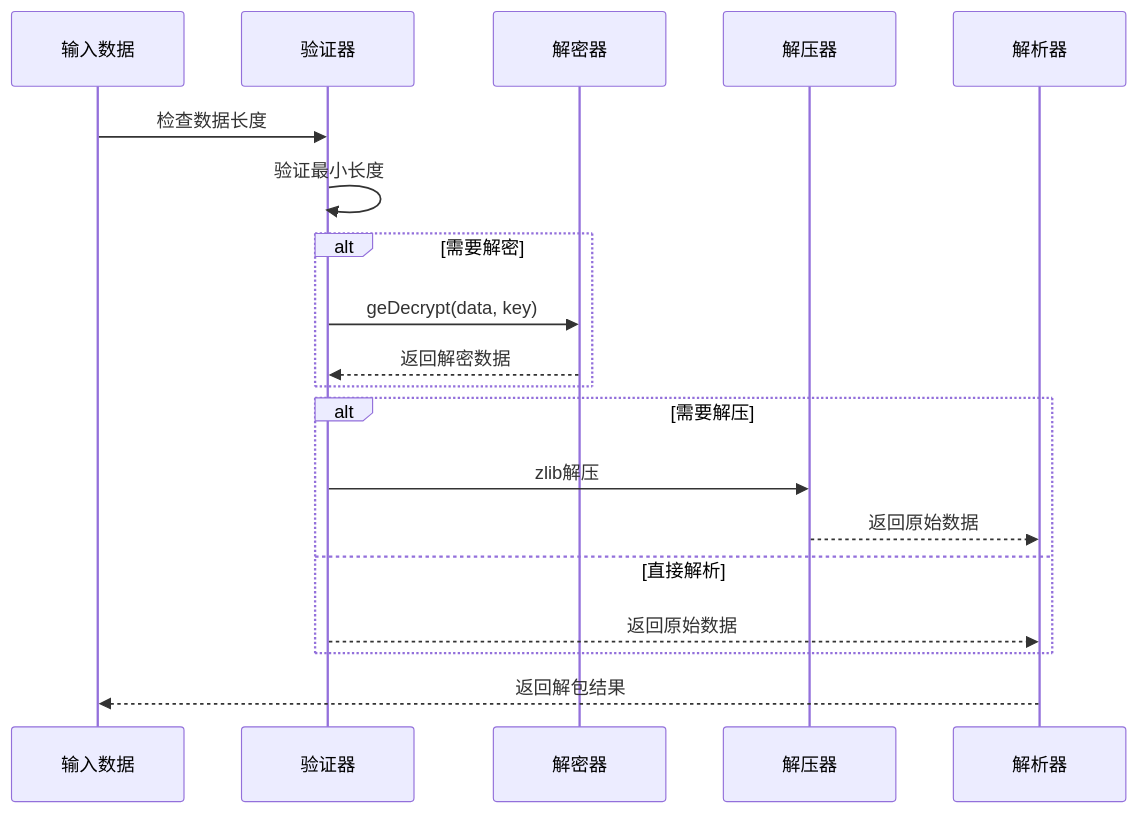
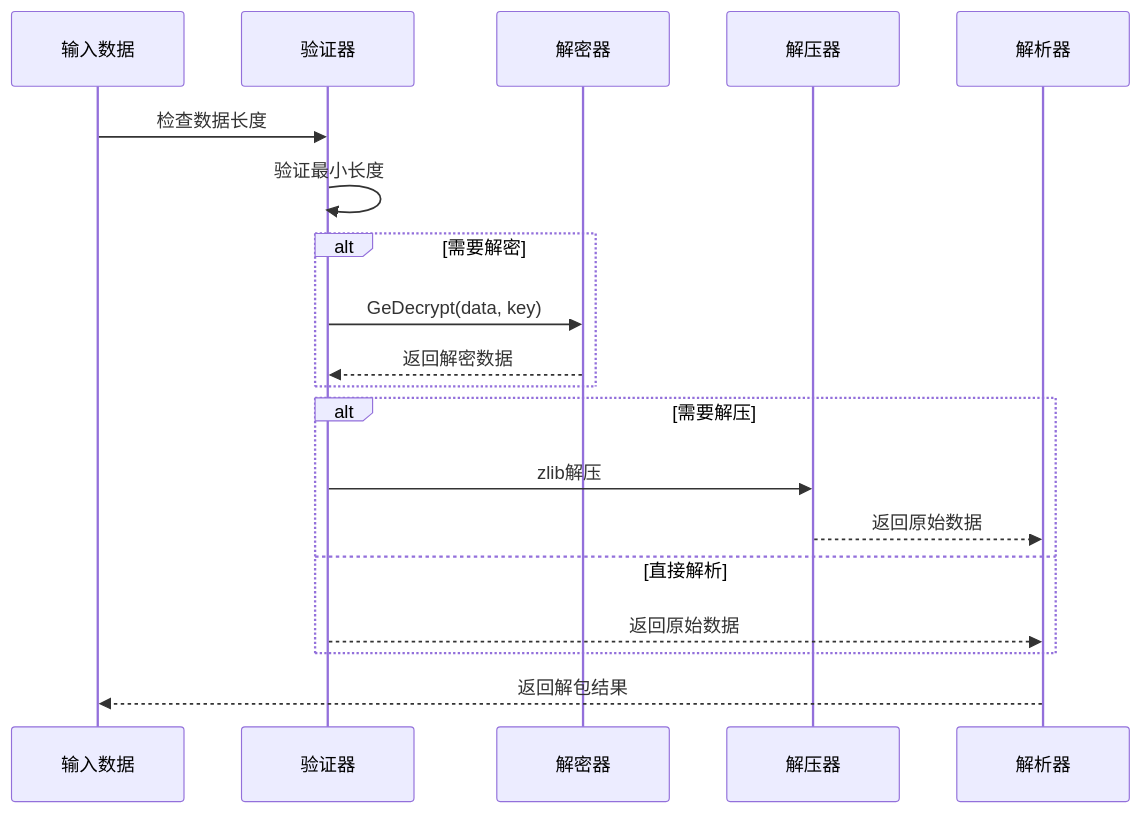
The tenth of 10 diagrams in .qoder/repowiki/zh/content/核心功能/Google Earth 加密解密.md (vistone/crawler-platform), drawn with Mermaid before and after one commit. The commit also changed other lines of this file and 40 other files, not shown here.

````diff
--- a/.qoder/repowiki/zh/content/核心功能/Google Earth 加密解密.md
+++ b/.qoder/repowiki/zh/content/核心功能/Google Earth 加密解密.md
@@ -358,21 +467,21 @@
 ```mermaid
 sequenceDiagram
 participant Input as 输入数据
 participant Validator as 验证器
 participant Decryptor as 解密器
 participant Decompressor as 解压器
 participant Parser as 解析器
 Input->>Validator : 检查数据长度
 Validator->>Validator : 验证最小长度
 alt 需要解密
-Validator->>Decryptor : geDecrypt(data, key)
+Validator->>Decryptor : GeDecrypt(data, key)
 Decryptor-->>Validator : 返回解密数据
 end
 alt 需要解压
 Validator->>Decompressor : zlib解压
 Decompressor-->>Parser : 返回原始数据
 else 直接解析
 Validator-->>Parser : 返回原始数据
 end
 Parser-->>Input : 返回解包结果
 ```
````
